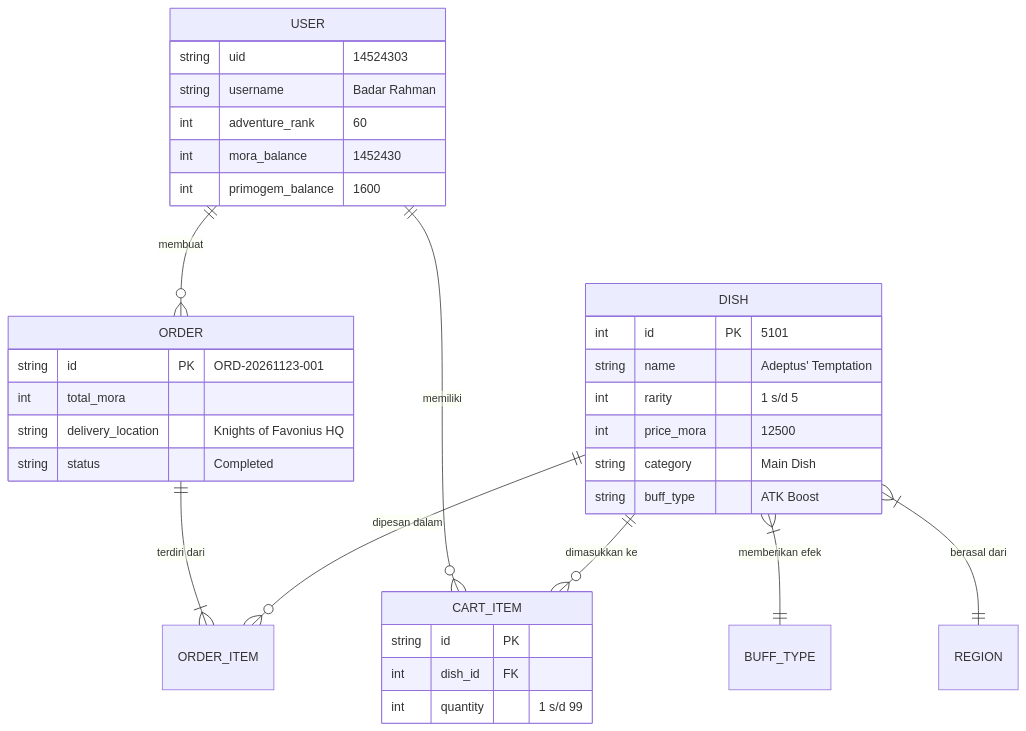
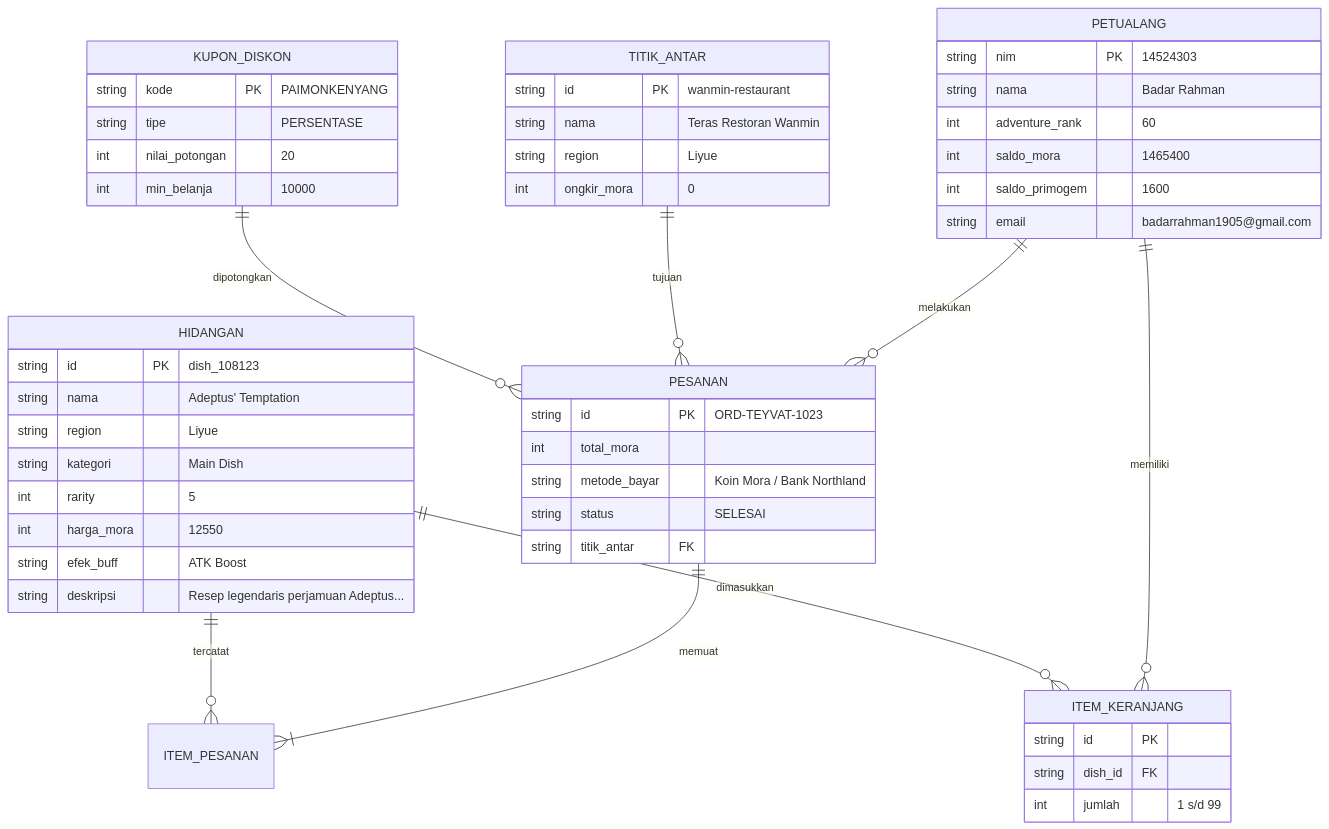
Before and after one commit to DarRahman/teyvat-delicacies: the second of 2 diagrams in README.md, drawn with Mermaid. The commit also changed other lines of this file and 21 other files, not shown here.

````diff
--- a/README.md
+++ b/README.md
@@ -49,40 +151,58 @@
 ```mermaid
 erDiagram
-    USER ||--o{ ORDER : "membuat"
-    USER ||--o{ CART_ITEM : "memiliki"
-    DISH ||--o{ CART_ITEM : "dimasukkan ke"
-    ORDER ||--|{ ORDER_ITEM : "terdiri dari"
-    DISH ||--o{ ORDER_ITEM : "dipesan dalam"
-    DISH }|--|| BUFF_TYPE : "memberikan efek"
-    DISH }|--|| REGION : "berasal dari"
+    PETUALANG ||--o{ PESANAN : "melakukan"
+    PETUALANG ||--o{ ITEM_KERANJANG : "memiliki"
+    HIDANGAN ||--o{ ITEM_KERANJANG : "dimasukkan"
+    PESANAN ||--|{ ITEM_PESANAN : "memuat"
+    HIDANGAN ||--o{ ITEM_PESANAN : "tercatat"
+    TITIK_ANTAR ||--o{ PESANAN : "tujuan"
+    KUPON_DISKON ||--o{ PESANAN : "dipotongkan"
 
-    USER {
-        string uid "14524303"
-        string username "Badar Rahman"
+    PETUALANG {
+        string nim PK "14524303"
+        string nama "Badar Rahman"
         int adventure_rank "60"
-        int mora_balance "1452430"
-        int primogem_balance "1600"
+        int saldo_mora "1465400"
+        int saldo_primogem "1600"
+        string email "badarrahman1905@gmail.com"
     }
 
-    DISH {
-        int id PK "5101"
-        string name "Adeptus' Temptation"
-        int rarity "1 s/d 5"
-        int price_mora "12500"
-        string category "Main Dish"
-        string buff_type "ATK Boost"
+    HIDANGAN {
+        string id PK "dish_108123"
+        string nama "Adeptus' Temptation"
+        string region "Liyue"
+        string kategori "Main Dish"
+        int rarity "5"
+        int harga_mora "12550"
+        string efek_buff "ATK Boost"
+        string deskripsi "Resep legendaris perjamuan Adeptus..."
     }
 
-    CART_ITEM {
+    ITEM_KERANJANG {
         string id PK
-        int dish_id FK
-        int quantity "1 s/d 99"
+        string dish_id FK
+        int jumlah "1 s/d 99"
     }
 
-    ORDER {
-        string id PK "ORD-20261123-001"
+    PESANAN {
+        string id PK "ORD-TEYVAT-1023"
         int total_mora
-        string delivery_location "Knights of Favonius HQ"
-        string status "Completed"
+        string metode_bayar "Koin Mora / Bank Northland"
+        string status "SELESAI"
+        string titik_antar FK
+    }
+
+    TITIK_ANTAR {
+        string id PK "wanmin-restaurant"
+        string nama "Teras Restoran Wanmin"
+        string region "Liyue"
+        int ongkir_mora "0"
+    }
+
+    KUPON_DISKON {
+        string kode PK "PAIMONKENYANG"
+        string tipe "PERSENTASE"
+        int nilai_potongan "20"
+        int min_belanja "10000"
     }
 ```
````
